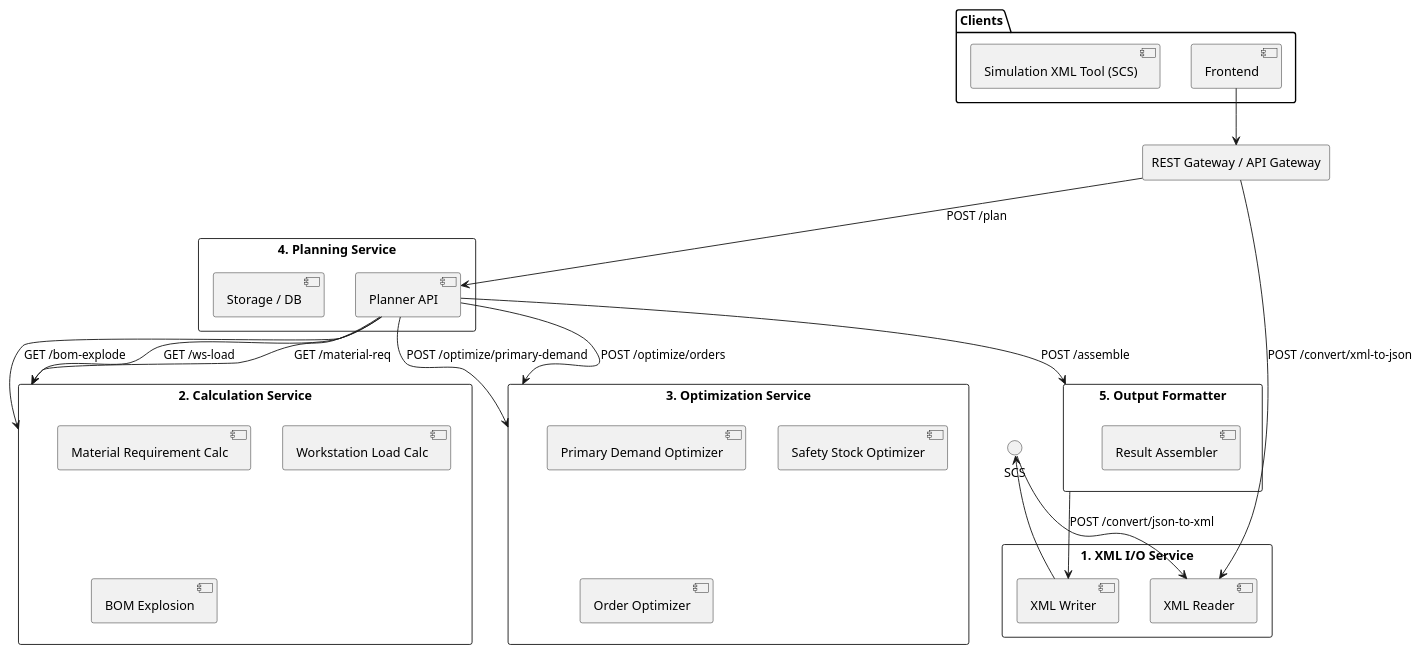
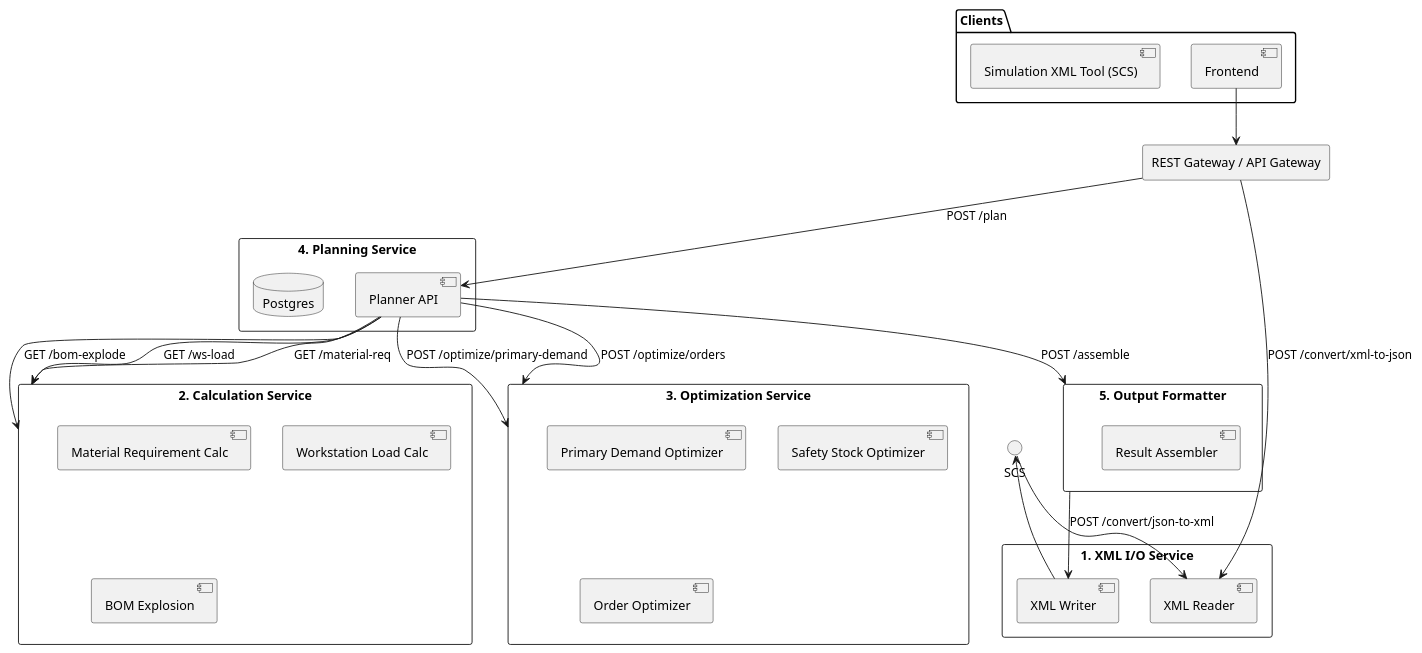
Before and after one commit to buecktobias/ibsys2SCM: the diagram in user-docs/extras/architecture_diagrams/total_iso.puml, drawn with PlantUML. The commit also changed 1 other file, not shown here.

Commit message:
refactor: enhance class architecture and ORM structure in diagrams

```diff
--- a/user-docs/extras/architecture_diagrams/total_iso.puml
+++ b/user-docs/extras/architecture_diagrams/total_iso.puml
@@ -1,65 +1,65 @@
 @startuml
 ' -----------------------------
 ' EXTERNE SYSTEME
 ' -----------------------------
 package "Clients" {
     [Frontend]
     [Simulation XML Tool (SCS)]
 }
 
 ' -----------------------------
 ' UI-SCHICHT / ROUTER
 ' -----------------------------
 rectangle "REST Gateway / API Gateway" as ApiGateway
 
 ' -----------------------------
 ' MODULE ALS SERVICES
 ' -----------------------------
 rectangle "1. XML I/O Service" as XmlService {
     [XML Reader] as XmlRead
     [XML Writer] as XmlWrite
 }
 
 rectangle "2. Calculation Service" as CalcService {
     [Material Requirement Calc]
     [Workstation Load Calc]
     [BOM Explosion]
 }
 
 rectangle "3. Optimization Service" as OptService {
     [Primary Demand Optimizer]
     [Safety Stock Optimizer]
     [Order Optimizer]
 }
 
 rectangle "4. Planning Service" as PlanService {
     [Planner API] as PlannerAPI
-    [Storage / DB]
+    database Postgres
 }
 
 rectangle "5. Output Formatter" as OutputService {
     [Result Assembler]
 }
 
 ' -----------------------------
 ' KOMMUNIKATION
 ' -----------------------------
 Frontend --> ApiGateway
 "SCS" --> XmlRead
 XmlWrite --> "SCS"
 
 ApiGateway --> XmlRead : "POST /convert/xml-to-json"
 ApiGateway --> PlannerAPI : "POST /plan"
 
 PlannerAPI --> CalcService : GET /bom-explode
 PlannerAPI --> CalcService : GET /ws-load
 PlannerAPI --> CalcService : GET /material-req
 
 PlannerAPI --> OptService : POST /optimize/primary-demand
 PlannerAPI --> OptService : POST /optimize/orders
 
 PlannerAPI --> OutputService : POST /assemble
 
 OutputService --> XmlWrite : POST /convert/json-to-xml
 
 @enduml
```
